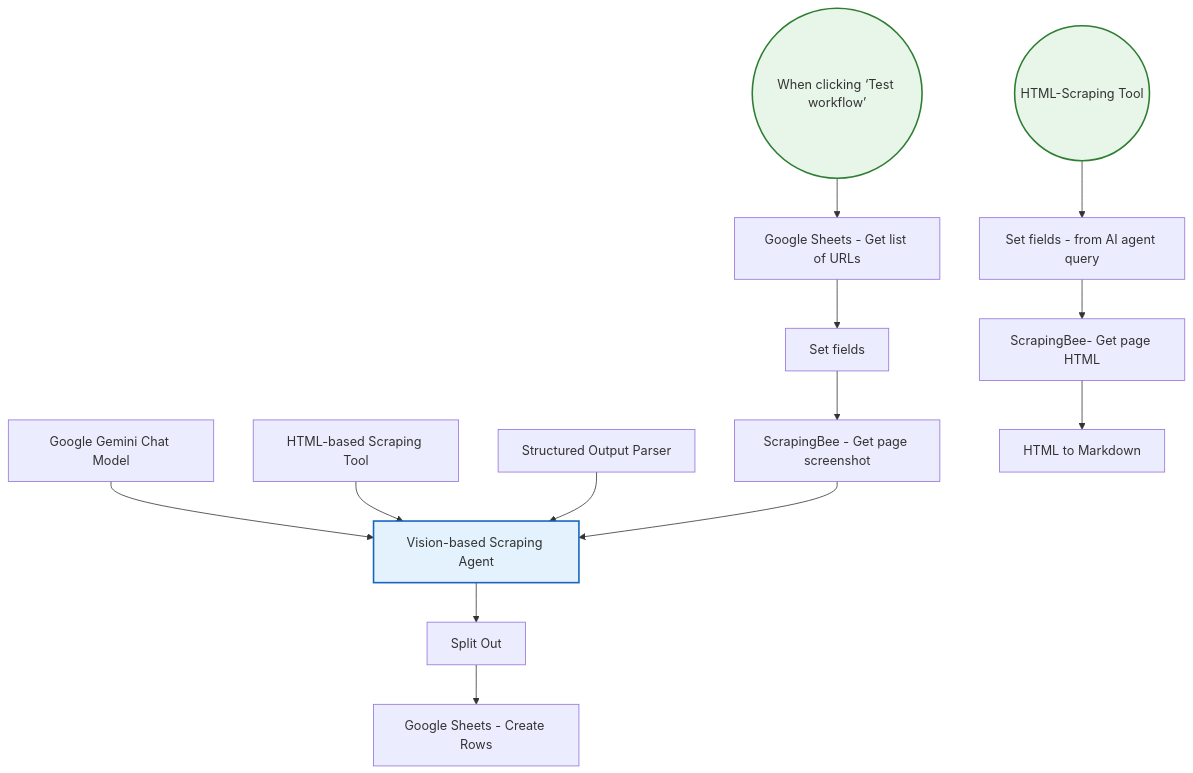
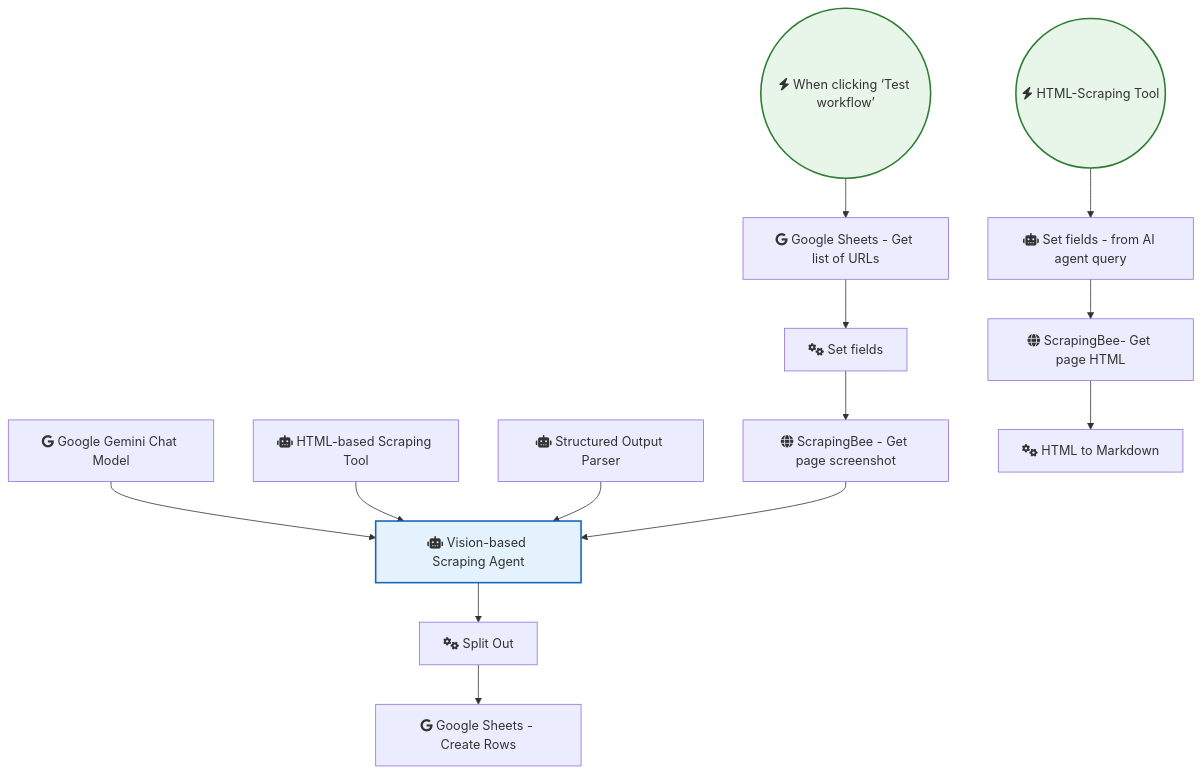
Before and after one commit to sreyash3105/N8N-DEMO-AUTOMATIONS: the diagram in Google_Drive_and_Google_Sheets/Vision-based Ai Agent Scraper - with Google Sheets Scrapingbee and Gemini.md, drawn with Mermaid. The commit also changed 291 other files, not shown here.

````diff
--- a/Google_Drive_and_Google_Sheets/Vision-based Ai Agent Scraper - with Google Sheets Scrapingbee and Gemini.md
+++ b/Google_Drive_and_Google_Sheets/Vision-based Ai Agent Scraper - with Google Sheets Scrapingbee and Gemini.md
@@ -1,34 +1,34 @@
 ```mermaid
 graph TD
     classDef trigger fill:#e8f5e9,stroke:#2e7d32,stroke-width:2px;
     classDef ai fill:#e3f2fd,stroke:#1565c0,stroke-width:2px;
     classDef logic fill:#fff3e0,stroke:#ef6c00,stroke-width:2px;
 
-    When_clicking__Test_workflow_(("When clicking ‘Test workflow’")):::trigger
-    ScrapingBee__Get_page_HTML["ScrapingBee- Get page HTML"]
-    Structured_Output_Parser["Structured Output Parser"]
-    Google_Gemini_Chat_Model["Google Gemini Chat Model"]
-    Split_Out["Split Out"]
-    Google_Sheets___Get_list_of_URLs["Google Sheets - Get list of URLs"]
-    Set_fields["Set fields"]
-    ScrapingBee___Get_page_screenshot["ScrapingBee - Get page screenshot"]
-    HTML_based_Scraping_Tool["HTML-based Scraping Tool"]
-    Google_Sheets___Create_Rows["Google Sheets - Create Rows"]
-    Vision_based_Scraping_Agent["Vision-based Scraping Agent"]:::ai
-    HTML_Scraping_Tool(("HTML-Scraping Tool")):::trigger
-    Set_fields___from_AI_agent_query["Set fields - from AI agent query"]
-    HTML_to_Markdown["HTML to Markdown"]
+    When_clicking__Test_workflow_(("fas:fa-bolt When clicking ‘Test workflow’")):::trigger
+    ScrapingBee__Get_page_HTML["fas:fa-globe ScrapingBee- Get page HTML"]
+    Structured_Output_Parser["fas:fa-robot Structured Output Parser"]
+    Google_Gemini_Chat_Model["fab:fa-google Google Gemini Chat Model"]
+    Split_Out["fas:fa-cogs Split Out"]
+    Google_Sheets___Get_list_of_URLs["fab:fa-google Google Sheets - Get list of URLs"]
+    Set_fields["fas:fa-cogs Set fields"]
+    ScrapingBee___Get_page_screenshot["fas:fa-globe ScrapingBee - Get page screenshot"]
+    HTML_based_Scraping_Tool["fas:fa-robot HTML-based Scraping Tool"]
+    Google_Sheets___Create_Rows["fab:fa-google Google Sheets - Create Rows"]
+    Vision_based_Scraping_Agent["fas:fa-robot Vision-based Scraping Agent"]:::ai
+    HTML_Scraping_Tool(("fas:fa-bolt HTML-Scraping Tool")):::trigger
+    Set_fields___from_AI_agent_query["fas:fa-robot Set fields - from AI agent query"]
+    HTML_to_Markdown["fas:fa-cogs HTML to Markdown"]
 
     Split_Out --> Google_Sheets___Create_Rows
     Set_fields --> ScrapingBee___Get_page_screenshot
     HTML_Scraping_Tool --> Set_fields___from_AI_agent_query
     Google_Gemini_Chat_Model --> Vision_based_Scraping_Agent
     HTML_based_Scraping_Tool --> Vision_based_Scraping_Agent
     Structured_Output_Parser --> Vision_based_Scraping_Agent
     ScrapingBee__Get_page_HTML --> HTML_to_Markdown
     Vision_based_Scraping_Agent --> Split_Out
     Google_Sheets___Get_list_of_URLs --> Set_fields
     Set_fields___from_AI_agent_query --> ScrapingBee__Get_page_HTML
     ScrapingBee___Get_page_screenshot --> Vision_based_Scraping_Agent
     When_clicking__Test_workflow_ --> Google_Sheets___Get_list_of_URLs
 ```
````
